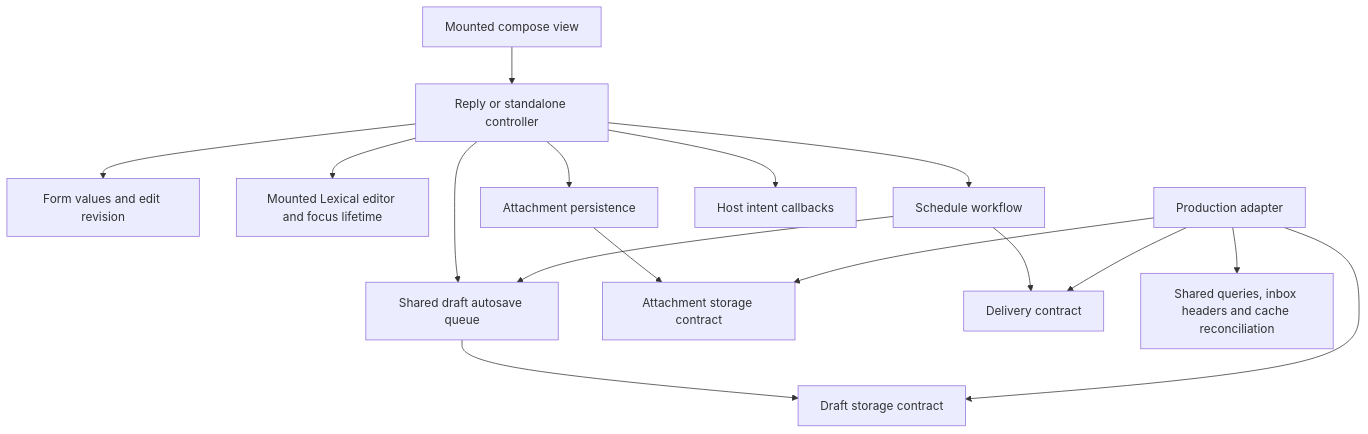
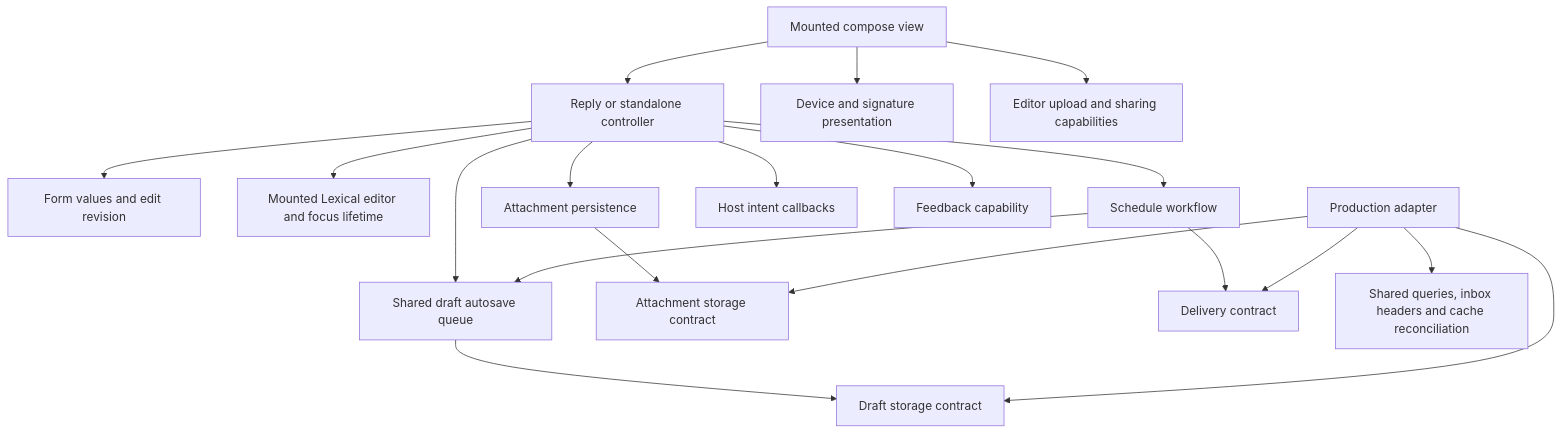
One commit to macro-inc/macro changed the second of 2 diagrams in docs/EMAIL_FEATURE_ARCHITECTURE.md. Above: the diagram before and after it, drawn with Mermaid. The commit also changed other lines of this file and 63 other files, not shown here.

````diff
--- a/docs/EMAIL_FEATURE_ARCHITECTURE.md
+++ b/docs/EMAIL_FEATURE_ARCHITECTURE.md
@@ -162,18 +181,21 @@
 ```mermaid
 flowchart TD
   View[Mounted compose view] --> Controller[Reply or standalone controller]
+  View --> Presentation[Device and signature presentation]
+  View --> FileIntegration[Editor upload and sharing capabilities]
   Controller --> Form[Form values and edit revision]
   Controller --> Editor[Mounted Lexical editor and focus lifetime]
   Controller --> Save[Shared draft autosave queue]
   Controller --> Schedule[Schedule workflow]
   Schedule --> Save
   Save --> DraftContract[Draft storage contract]
   Controller --> Attachment[Attachment persistence]
   Attachment --> AttachmentContract[Attachment storage contract]
   Schedule --> DeliveryContract[Delivery contract]
   Controller --> Host[Host intent callbacks]
+  Controller --> Feedback[Feedback capability]
   Production[Production adapter] --> DraftContract
   Production --> AttachmentContract
   Production --> DeliveryContract
   Production --> Queries[Shared queries, inbox headers and cache reconciliation]
 ```
````
